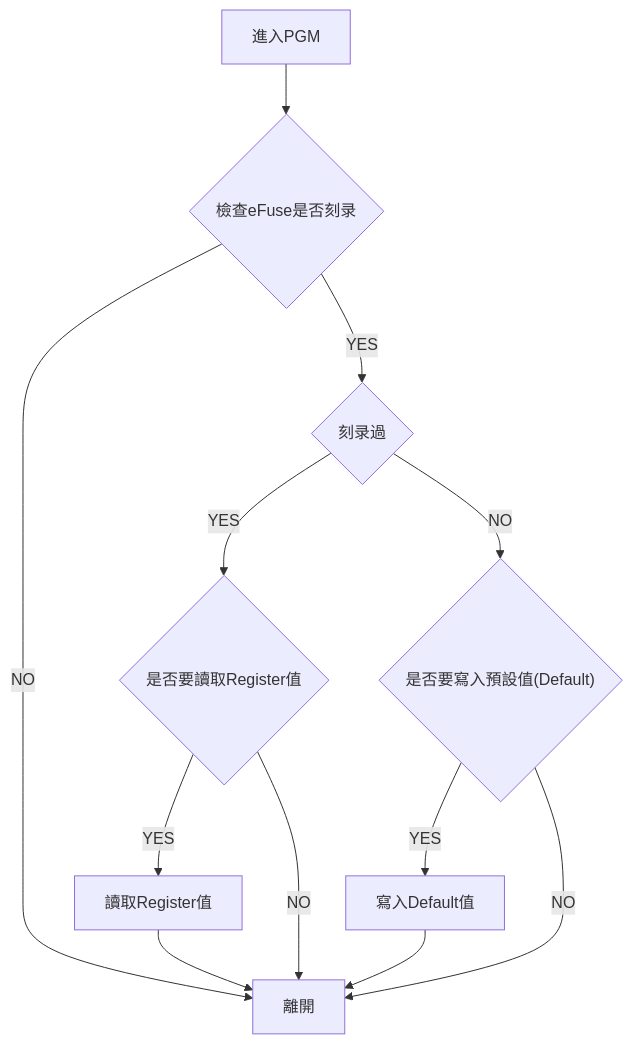
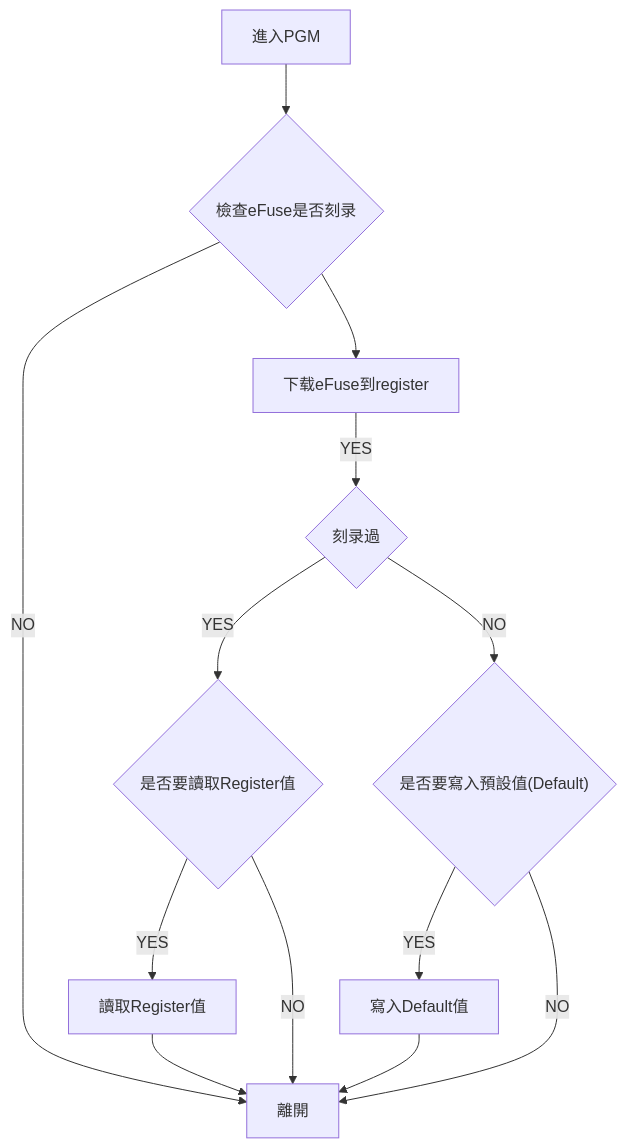
One commit to billwanggithub/MXXXX changed the diagram in README.md. Above: the diagram before and after it, drawn with Mermaid.

````diff
--- a/README.md
+++ b/README.md
@@ -15,20 +15,21 @@
 ```mermaid
 flowchart TB
   A["進入PGM"]
   B{"檢查eFuse是否刻录"}
   C[離開]
   D{"刻录過"}
   E{"是否要讀取Register值"}
   F{"是否要寫入預設值(Default)"}
   G["寫入Default值"]
   H["讀取Register值"]
+  I["下载eFuse到register"]
   A --> B
-  B --YES--> D
+  B --> I --YES--> D
   B --NO--> C
   D --YES--> E
   D --NO --> F
   E --YES-->H-->C
   E --NO--> C
   F --YES--> G -->C
   F --NO--> C
 ```
````
